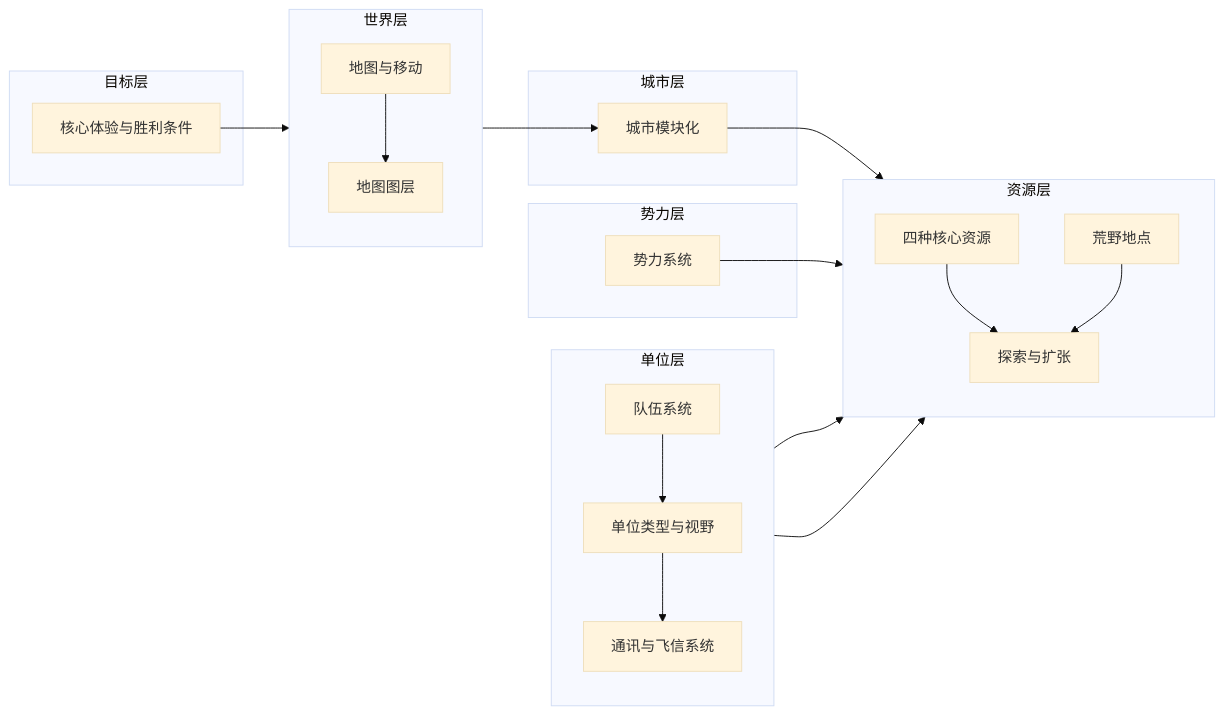
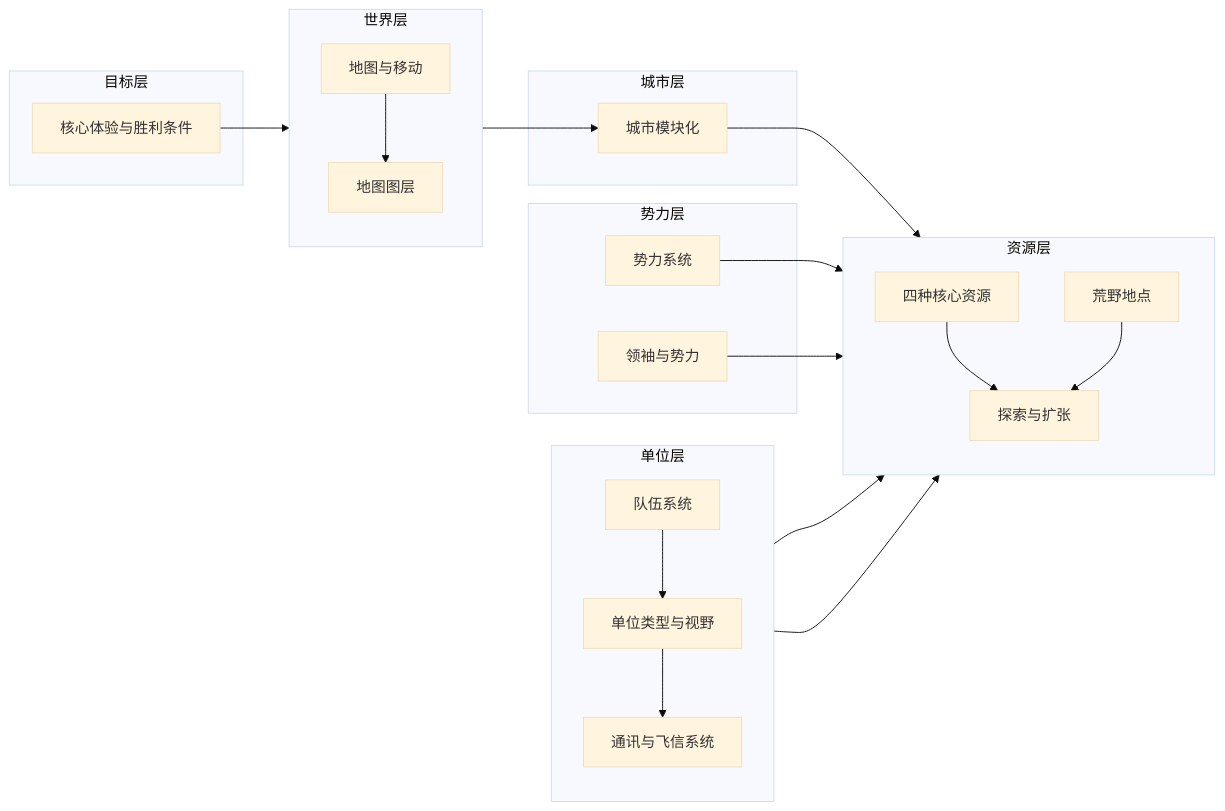
One commit to Estrella6066773/DriveToLight changed the diagram in Docs/02-系统设计/01-核心系统/README.md. Above: the diagram before and after it, drawn with Mermaid (base theme). The commit also changed other lines of this file and 47 other files, not shown here.

````diff
--- a/Docs/02-系统设计/01-核心系统/README.md
+++ b/Docs/02-系统设计/01-核心系统/README.md
@@ -26,40 +26,42 @@
 ```mermaid
 flowchart LR
     subgraph L1["目标层"]
         A[核心体验与胜利条件]
     end
     subgraph L2["世界层"]
         direction TB
         B[地图与移动]
         C[地图图层]
     end
     subgraph L3["城市层"]
         D[城市模块化]
     end
     subgraph L4["资源层"]
         direction TB
         E[四种核心资源]
         F[荒野地点]
         G[探索与扩张]
     end
     subgraph L5["单位层"]
         direction TB
         H[队伍系统]
         I[单位类型与视野]
         J[通讯与飞信系统]
     end
     subgraph L6["势力层"]
         K[势力系统]
+        L[领袖与势力]
     end
     A --> B
     B --> C
     B --> D
     D --> G
     E --> G
     F --> G
     H --> I
     I --> J
     H --> G
     J --> G
     K --> G
+    L --> G
 ```
````
